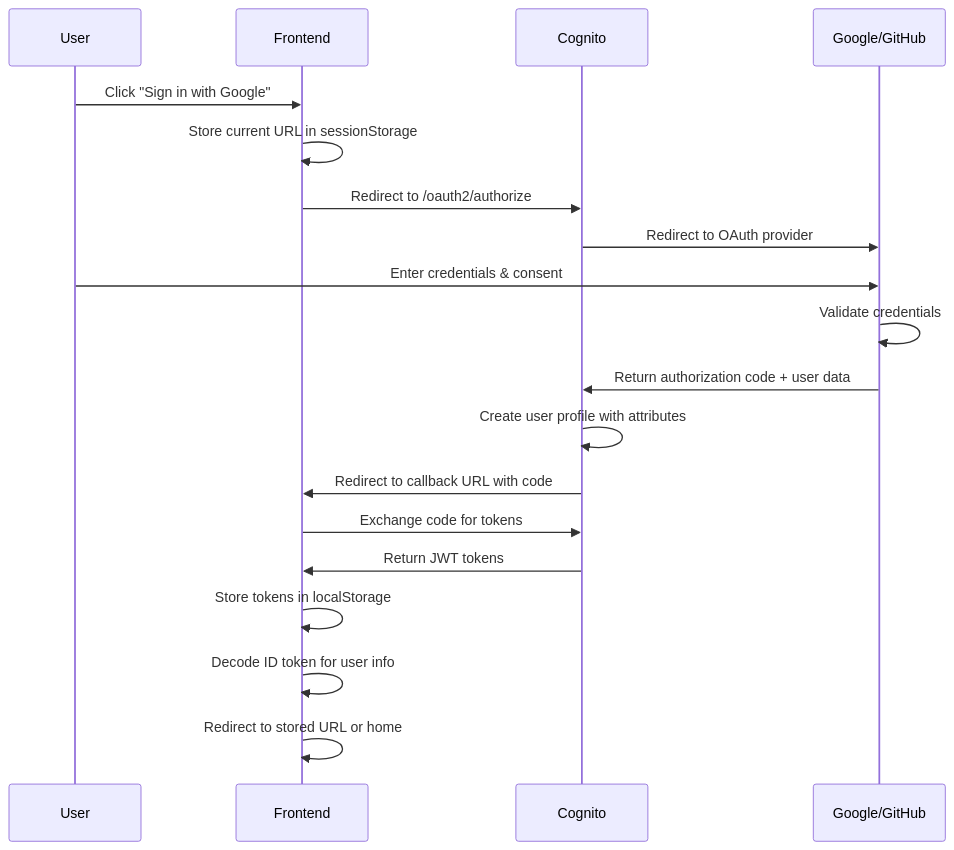
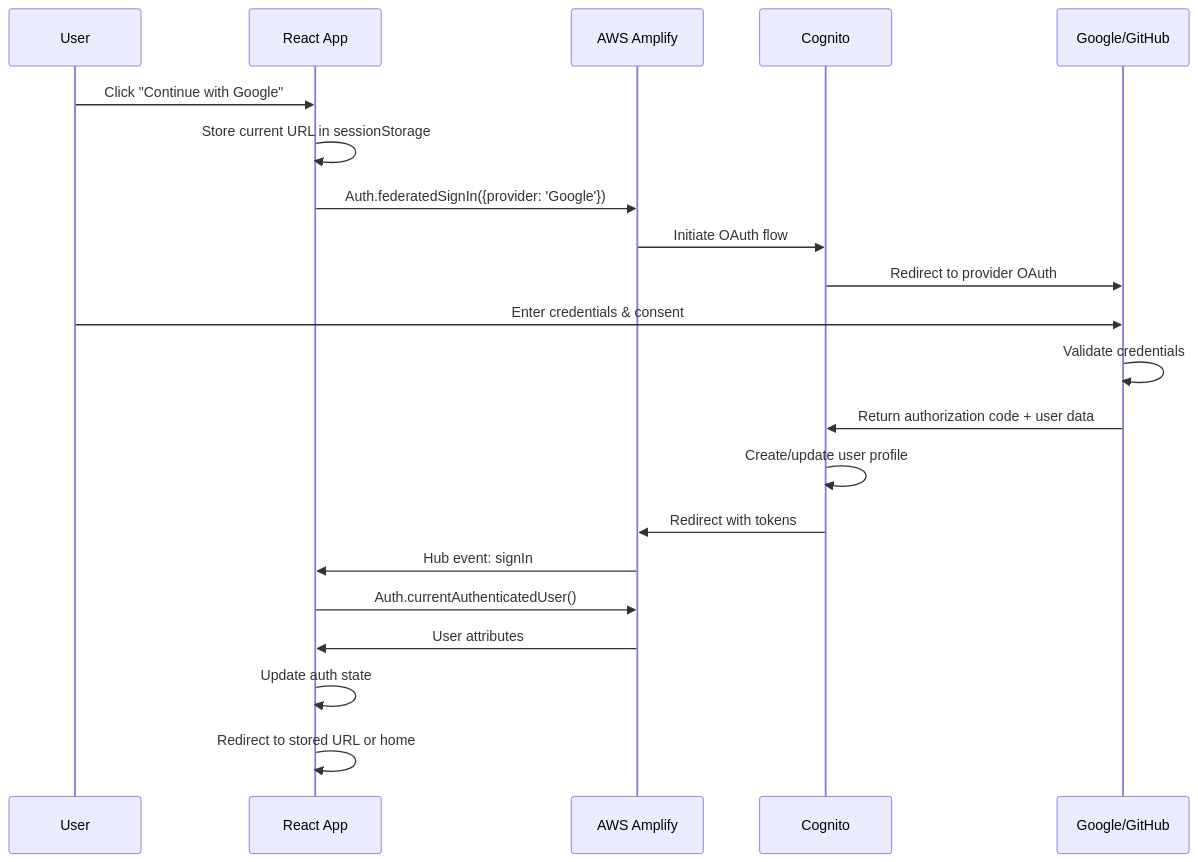
Before and after one commit to chrismgonzalez/madewithkiro: the second of 4 diagrams in .kiro/specs/social-authentication/design.md, drawn with Mermaid. The commit also changed other lines of this file and 6 other files, not shown here.

````diff
--- a/.kiro/specs/social-authentication/design.md
+++ b/.kiro/specs/social-authentication/design.md
@@ -508,22 +893,24 @@
 ```mermaid
 sequenceDiagram
     participant U as User
-    participant F as Frontend
+    participant R as React App
+    participant A as AWS Amplify
     participant C as Cognito
-    participant G as Google/GitHub
+    participant P as Google/GitHub
 
-    U->>F: Click "Sign in with Google"
-    F->>F: Store current URL in sessionStorage
-    F->>C: Redirect to /oauth2/authorize
-    C->>G: Redirect to OAuth provider
-    U->>G: Enter credentials & consent
-    G->>G: Validate credentials
-    G->>C: Return authorization code + user data
-    C->>C: Create user profile with attributes
-    C->>F: Redirect to callback URL with code
-    F->>C: Exchange code for tokens
-    C->>F: Return JWT tokens
-    F->>F: Store tokens in localStorage
-    F->>F: Decode ID token for user info
-    F->>F: Redirect to stored URL or home
+    U->>R: Click "Continue with Google"
+    R->>R: Store current URL in sessionStorage
+    R->>A: Auth.federatedSignIn({provider: 'Google'})
+    A->>C: Initiate OAuth flow
+    C->>P: Redirect to provider OAuth
+    U->>P: Enter credentials & consent
+    P->>P: Validate credentials
+    P->>C: Return authorization code + user data
+    C->>C: Create/update user profile
+    C->>A: Redirect with tokens
+    A->>R: Hub event: signIn
+    R->>A: Auth.currentAuthenticatedUser()
+    A->>R: User attributes
+    R->>R: Update auth state
+    R->>R: Redirect to stored URL or home
 ```
````
